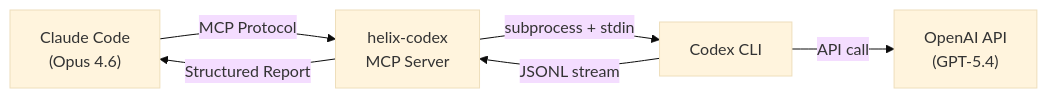
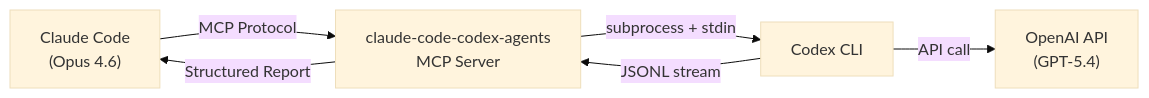
The first of 2 diagrams in docs/devto_article.md (tsunamayo7/claude-code-codex-agents), drawn with Mermaid (base theme) before and after one commit. The commit also changed other lines of this file and 13 other files, not shown here.

First line of the commit message:
rename: helix-codex → claude-code-codex-agents

````diff
--- a/docs/devto_article.md
+++ b/docs/devto_article.md
@@ -21,8 +21,8 @@
 ```mermaid
 graph LR
-    A["Claude Code<br/>(Opus 4.6)"] -->|MCP Protocol| B["helix-codex<br/>MCP Server"]
+    A["Claude Code<br/>(Opus 4.6)"] -->|MCP Protocol| B["claude-code-codex-agents<br/>MCP Server"]
     B -->|"subprocess + stdin"| C[Codex CLI]
     C -->|JSONL stream| B
     C -->|API call| D["OpenAI API<br/>(GPT-5.4)"]
     B -->|Structured Report| A
 ```
````
